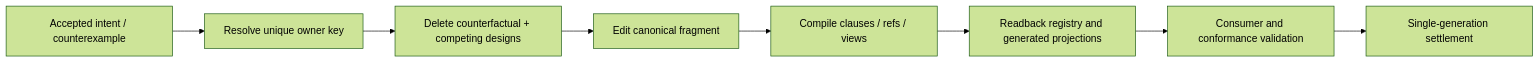
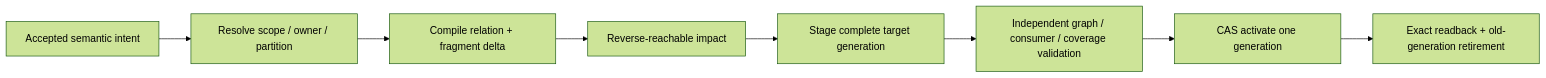
One commit to sec-platform/sec changed the third of 4 diagrams in docs/documentation-system.md. Above: the diagram before and after it, drawn with Mermaid (forest theme). The commit also changed other lines of this file, not shown here.

Commit message:
docs: design recursive documentation knowledge graph

````diff
--- a/docs/documentation-system.md
+++ b/docs/documentation-system.md
@@ -184,10 +274,10 @@
 ```mermaid
 flowchart LR
-  I[Accepted intent / counterexample] --> O[Resolve unique owner key]
-  O --> D[Delete counterfactual + competing designs]
-  D --> E[Edit canonical fragment]
-  E --> C[Compile clauses / refs / views]
-  C --> R[Readback registry and generated projections]
-  R --> T[Consumer and conformance validation]
-  T --> S[Single-generation settlement]
+  I[Accepted semantic intent] --> O[Resolve scope / owner / partition]
+  O --> P[Compile relation + fragment delta]
+  P --> A[Reverse-reachable impact]
+  A --> G[Stage complete target generation]
+  G --> V[Independent graph / consumer / coverage validation]
+  V --> C[CAS activate one generation]
+  C --> R[Exact readback + old-generation retirement]
 ```
````
